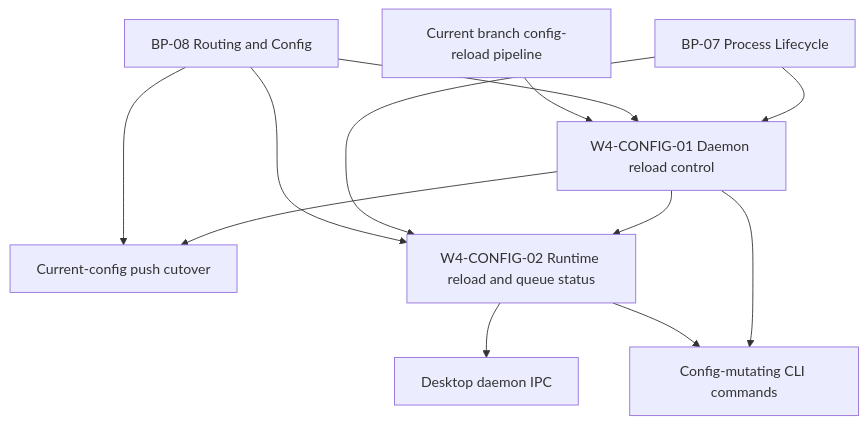
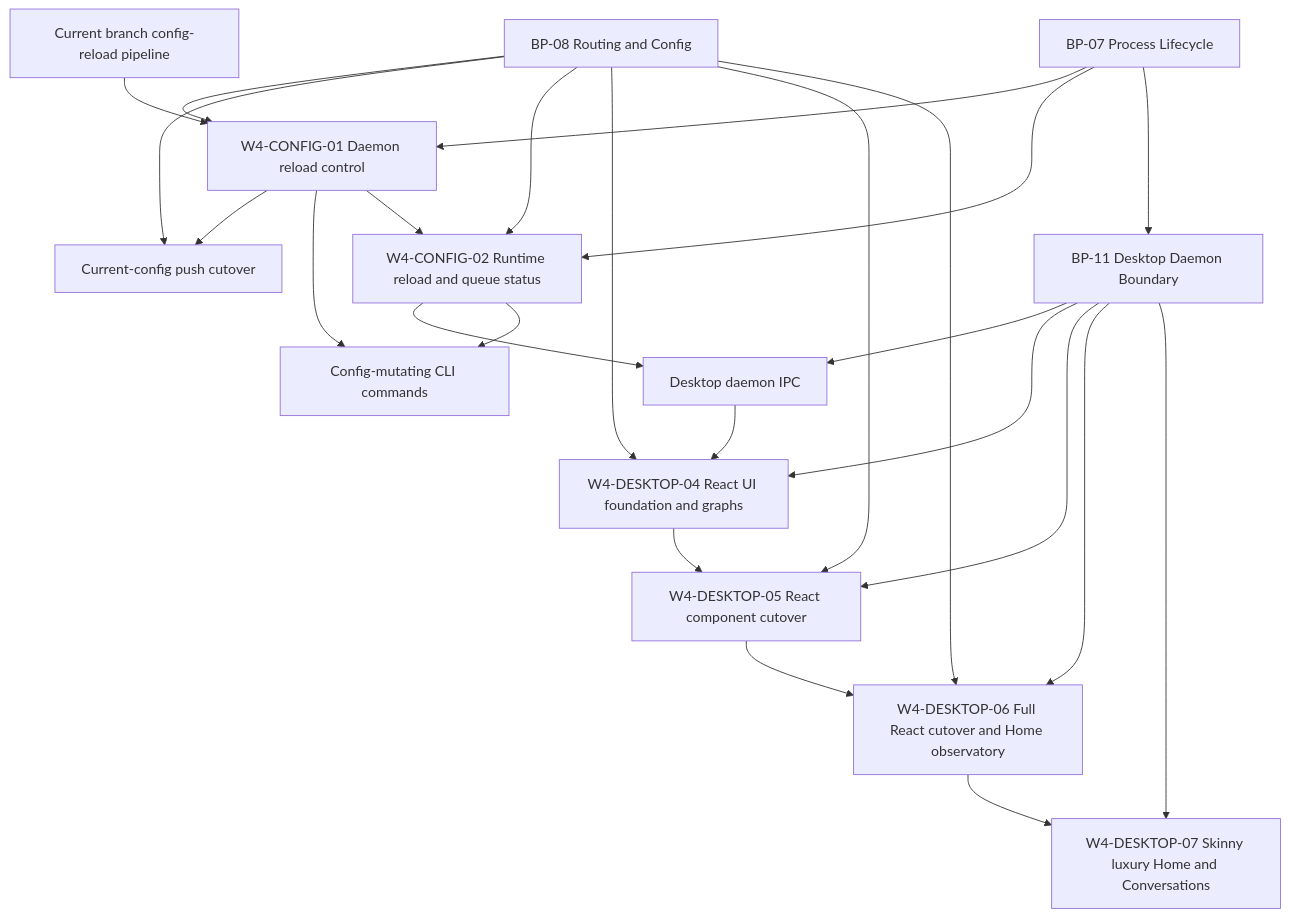
Before and after one commit to mendeleden/jin: the diagram in .execution/program.md, drawn with Mermaid. The commit also changed other lines of this file and 86 other files, not shown here.

First line of the commit message:
Revamp Desktop home analytics

````diff
--- a/.execution/program.md
+++ b/.execution/program.md
@@ -20,23 +28,41 @@
 ```mermaid
 flowchart TD
   BP07[BP-07 Process Lifecycle]
   BP08[BP-08 Routing and Config]
+  BP11[BP-11 Desktop Daemon Boundary]
   ReloadPipeline[Current branch config-reload pipeline]
   W4C01[W4-CONFIG-01 Daemon reload control]
   PushCutover[Current-config push cutover]
   W4C02[W4-CONFIG-02 Runtime reload and queue status]
   Desktop[Desktop daemon IPC]
   CLI[Config-mutating CLI commands]
+  W4D04[W4-DESKTOP-04 React UI foundation and graphs]
+  W4D05[W4-DESKTOP-05 React component cutover]
+  W4D06[W4-DESKTOP-06 Full React cutover and Home observatory]
+  W4D07[W4-DESKTOP-07 Skinny luxury Home and Conversations]
 
   BP07 --> W4C01
   BP08 --> W4C01
   ReloadPipeline --> W4C01
   W4C01 --> PushCutover
   BP08 --> PushCutover
   W4C01 --> CLI
   W4C01 --> W4C02
   BP07 --> W4C02
   BP08 --> W4C02
   W4C02 --> Desktop
   W4C02 --> CLI
+  BP07 --> BP11
+  BP11 --> Desktop
+  BP08 --> W4D04
+  BP11 --> W4D04
+  Desktop --> W4D04
+  W4D04 --> W4D05
+  BP11 --> W4D05
+  BP08 --> W4D05
+  W4D05 --> W4D06
+  BP11 --> W4D06
+  BP08 --> W4D06
+  W4D06 --> W4D07
+  BP11 --> W4D07
 ```
````
